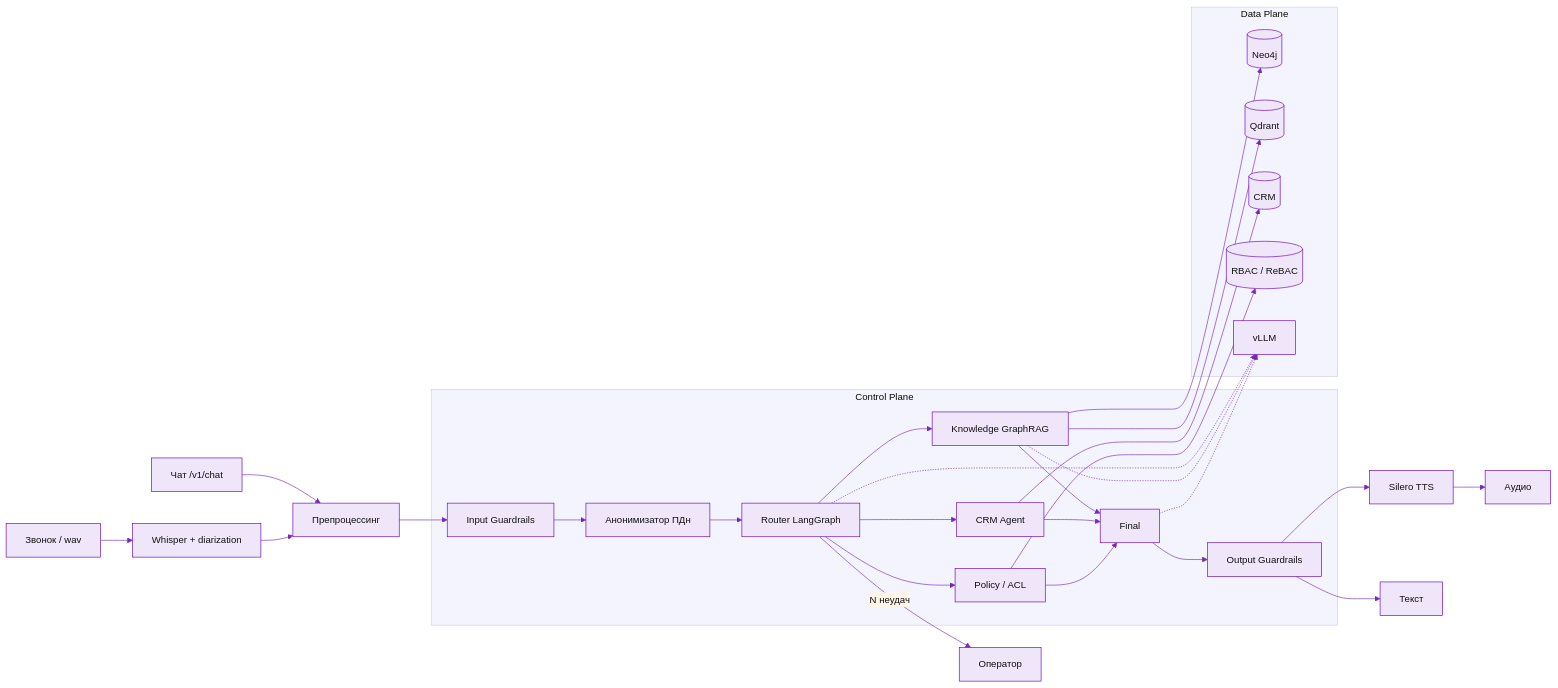
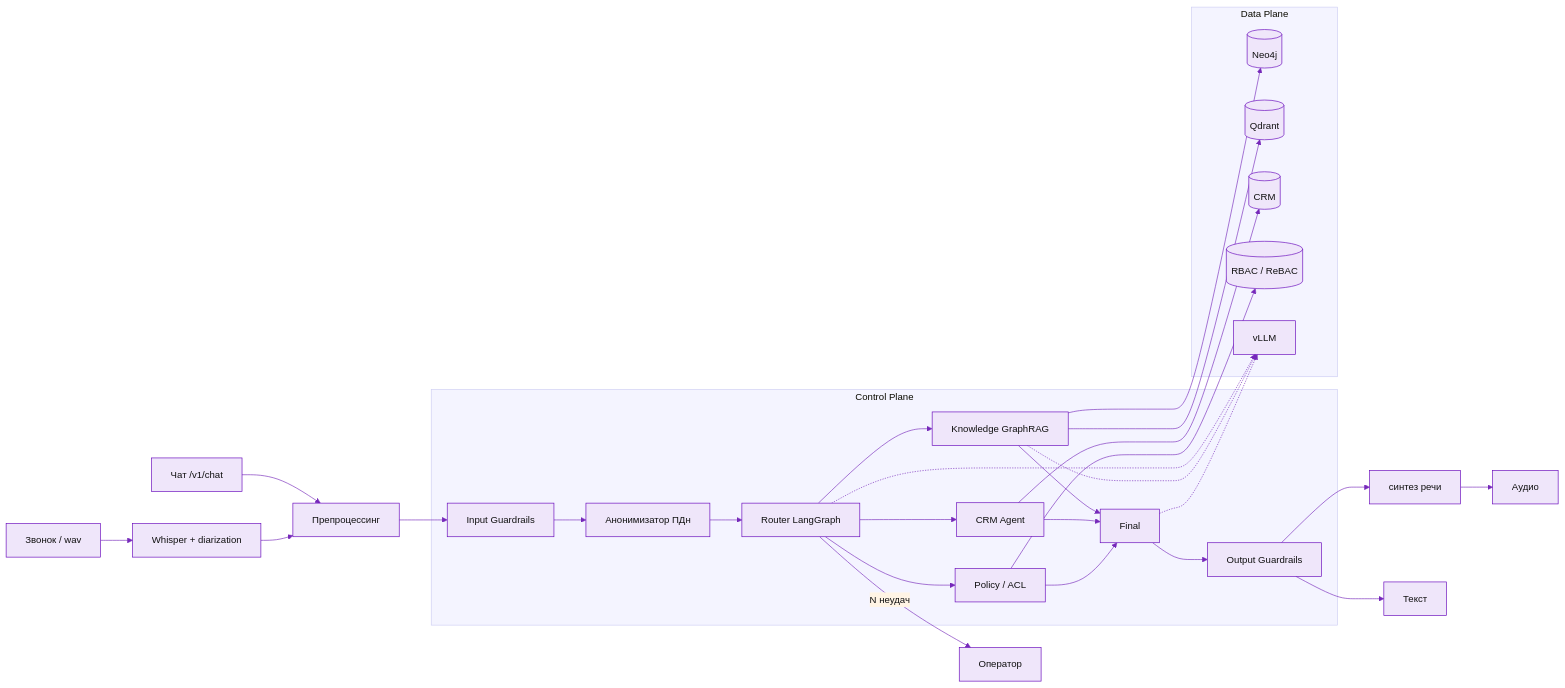
One commit to divisee/otus-ai-architect changed the diagram in final-project/slides/cognitive.mmd. Above: the diagram before and after it, drawn with Mermaid. The commit also changed 8 other files, not shown here.

```diff
--- a/final-project/slides/cognitive.mmd
+++ b/final-project/slides/cognitive.mmd
@@ -1,44 +1,44 @@
 %%{init: {'theme':'base','themeVariables':{'primaryColor':'#efe6fa','primaryTextColor':'#111111','primaryBorderColor':'#6402ba','lineColor':'#7629ba','secondaryColor':'#fff4e5','tertiaryColor':'#f4f4ff','fontFamily':'Roboto, Arial, sans-serif','fontSize':'15px','actorBkg':'#efe6fa','actorBorder':'#6402ba','actorTextColor':'#111111','signalColor':'#6402ba','signalTextColor':'#111111','noteBkgColor':'#fff4e5','noteBorderColor':'#ffab40'}}}%%
 
 flowchart LR
     CALL[Звонок / wav] --> ASR[Whisper + diarization]
     TXT[Чат /v1/chat] --> PRE
     ASR --> PRE[Препроцессинг]
     PRE --> IG[Input Guardrails]
     IG --> ANON[Анонимизатор ПДн]
     ANON --> R[Router LangGraph]
     R --> K[Knowledge GraphRAG]
     R --> C[CRM Agent]
     R --> POL[Policy / ACL]
     R -->|N неудач| OP[Оператор]
     K --> G[(Neo4j)]
     K --> V[(Qdrant)]
     C --> CRM[(CRM)]
     POL --> ACL[(RBAC / ReBAC)]
     K --> F[Final]
     C --> F
     POL --> F
     F --> OG[Output Guardrails]
-    OG --> TTS[Silero TTS]
+    OG --> TTS[синтез речи]
     OG --> OUT[Текст]
     TTS --> AUDIO[Аудио]
     subgraph CP["Control Plane"]
         IG
         ANON
         R
         K
         C
         POL
         F
         OG
     end
     subgraph DP["Data Plane"]
         G
         V
         CRM
         ACL
         LLM[vLLM]
     end
     R -.-> LLM
     K -.-> LLM
     F -.-> LLM
```
